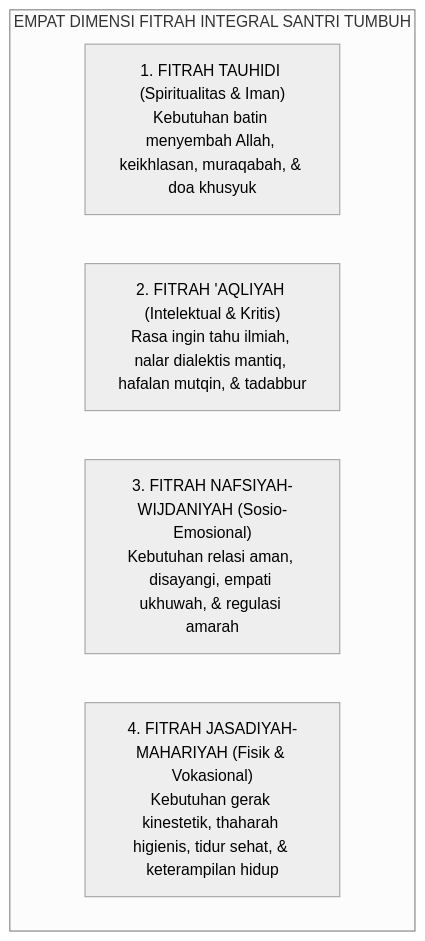
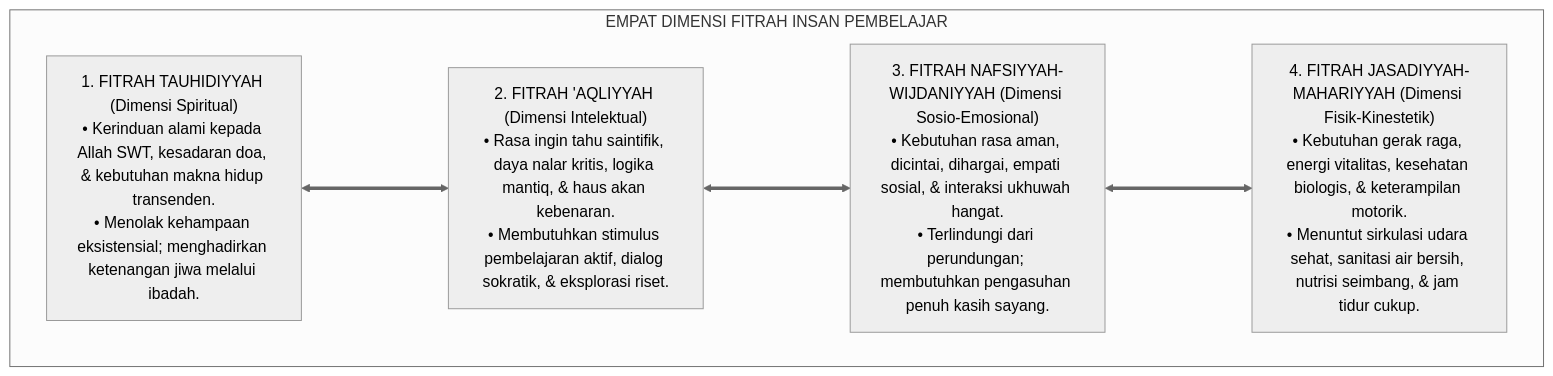
One commit to wandiapriliyandi/tumbuh changed the second of 5 diagrams in 01 Philosophy/02 Human Nature/P1-02-01-Hakikat-Fitrah.md. Above: the diagram before and after it, drawn with Mermaid (neutral theme). The commit also changed other lines of this file and 9 other files, not shown here.

Commit message:
docs(epistemology & human-nature): reconstruct all 02 Epistemologi TUMBUH, master P1-01 Worldview, and P1-02-01 Hakikat Fitrah to pure academic monograph standard

````diff
--- a/01 Philosophy/02 Human Nature/P1-02-01-Hakikat-Fitrah.md
+++ b/01 Philosophy/02 Human Nature/P1-02-01-Hakikat-Fitrah.md
@@ -284,12 +118,15 @@
 ```mermaid
-graph TD
-    subgraph EmpatDimensiFitrahSantri["EMPAT DIMENSI FITRAH INTEGRAL SANTRI TUMBUH"]
-        D1["1. FITRAH TAUHIDI (Spiritualitas & Iman)<br/>Kebutuhan batin menyembah Allah, keikhlasan, muraqabah, & doa khusyuk"]
+flowchart TD
+    subgraph EmpatDimensiFitrahTUMBUH["EMPAT DIMENSI FITRAH INSAN PEMBELAJAR"]
         
-        D2["2. FITRAH 'AQLIYAH (Intelektual & Kritis)<br/>Rasa ingin tahu ilmiah, nalar dialektis mantiq, hafalan mutqin, & tadabbur"]
+        F1["1. FITRAH TAUHIDIYYAH (Dimensi Spiritual)<br/>• Kerinduan alami kepada Allah SWT, kesadaran doa, & kebutuhan makna hidup transenden.<br/>• Menolak kehampaan eksistensial; menghadirkan ketenangan jiwa melalui ibadah."]
         
-        D3["3. FITRAH NAFSIYAH-WIJDANIYAH (Sosio-Emosional)<br/>Kebutuhan relasi aman, disayangi, empati ukhuwah, & regulasi amarah"]
+        F2["2. FITRAH 'AQLIYYAH (Dimensi Intelektual)<br/>• Rasa ingin tahu saintifik, daya nalar kritis, logika mantiq, & haus akan kebenaran.<br/>• Membutuhkan stimulus pembelajaran aktif, dialog sokratik, & eksplorasi riset."]
         
-        D4["4. FITRAH JASADIYAH-MAHARIYAH (Fisik & Vokasional)<br/>Kebutuhan gerak kinestetik, thaharah higienis, tidur sehat, & keterampilan hidup"]
+        F3["3. FITRAH NAFSIYYAH-WIJDANIYYAH (Dimensi Sosio-Emosional)<br/>• Kebutuhan rasa aman, dicintai, dihargai, empati sosial, & interaksi ukhuwah hangat.<br/>• Terlindungi dari perundungan; membutuhkan pengasuhan penuh kasih sayang."]
+        
+        F4["4. FITRAH JASADIYYAH-MAHARIYYAH (Dimensi Fisik-Kinestetik)<br/>• Kebutuhan gerak raga, energi vitalitas, kesehatan biologis, & keterampilan motorik.<br/>• Menuntut sirkulasi udara sehat, sanitasi air bersih, nutrisi seimbang, & jam tidur cukup."]
+        
+        F1 <===> F2 <===> F3 <===> F4
     end
 ```
````
